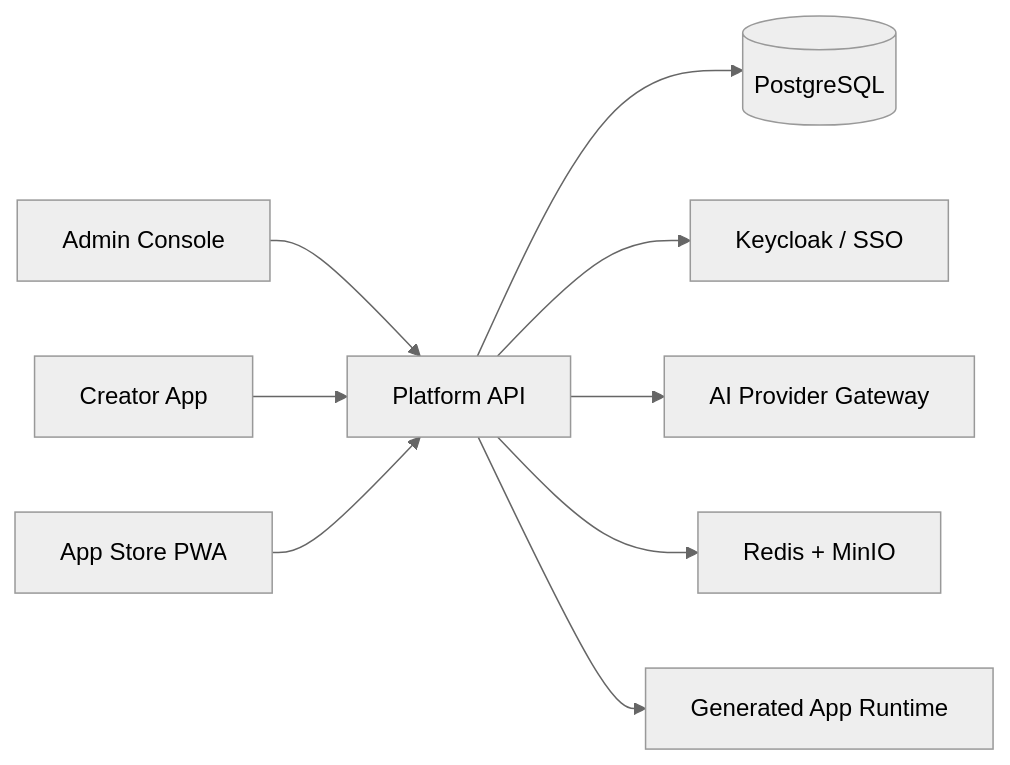
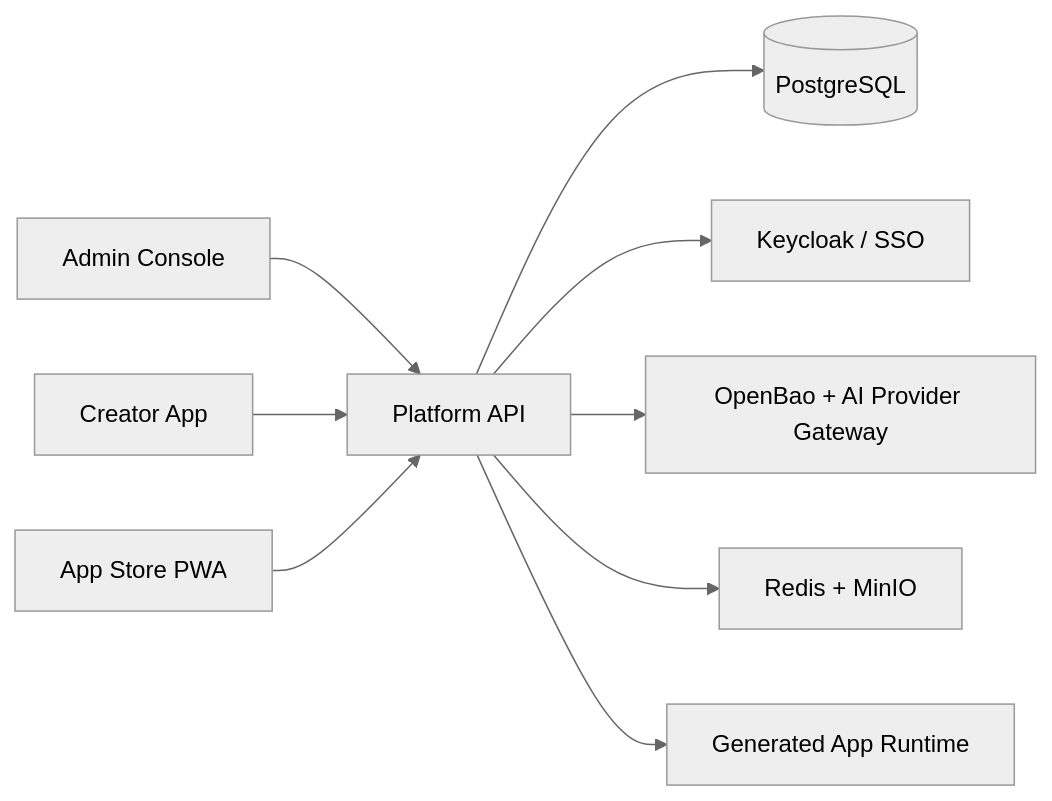
The diagram in README.md (horizonxlabs/horizon), drawn with Mermaid (neutral theme) before and after one commit. The commit also changed other lines of this file and 142 other files, not shown here.

````diff
--- a/README.md
+++ b/README.md
@@ -41,11 +41,11 @@
 ```mermaid
 flowchart LR
   A["Admin Console"] --> D["Platform API"]
   B["Creator App"] --> D
   C["App Store PWA"] --> D
   D --> E[("PostgreSQL")]
   D --> F["Keycloak / SSO"]
-  D --> G["AI Provider Gateway"]
+  D --> G["OpenBao + AI Provider Gateway"]
   D --> H["Redis + MinIO"]
   D --> I["Generated App Runtime"]
 ```
````
